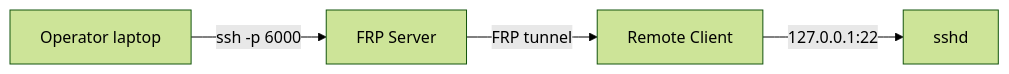
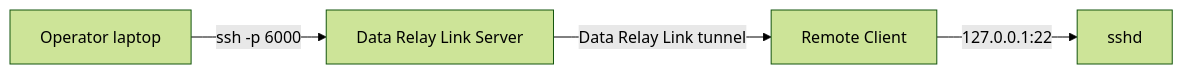
One commit to datarelay-labs/data-relay-link-docs changed the first of 3 diagrams in guides/ssh.mdx. Above: the diagram before and after it, drawn with Mermaid (forest theme). The commit also changed other lines of this file and 36 other files, not shown here.

````diff
--- a/guides/ssh.mdx
+++ b/guides/ssh.mdx
@@ -12,6 +12,6 @@
 ```mermaid
 flowchart LR
-    U[Operator laptop] -->|ssh -p 6000| S[FRP Server]
-    S -->|FRP tunnel| C[Remote Client]
+    U[Operator laptop] -->|ssh -p 6000| S[Data Relay Link Server]
+    S -->|Data Relay Link tunnel| C[Remote Client]
     C -->|127.0.0.1:22| D[sshd]
 ```
````
